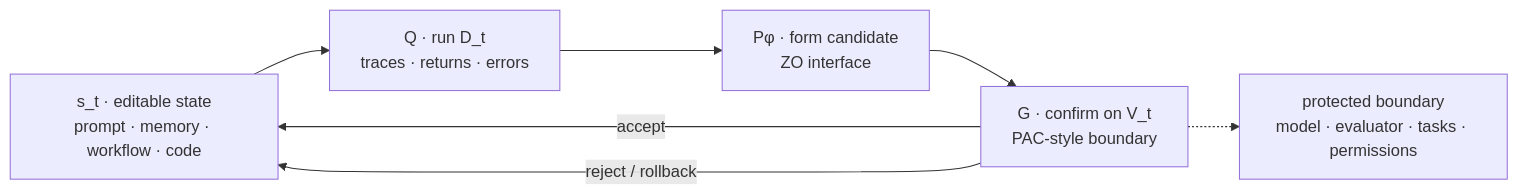
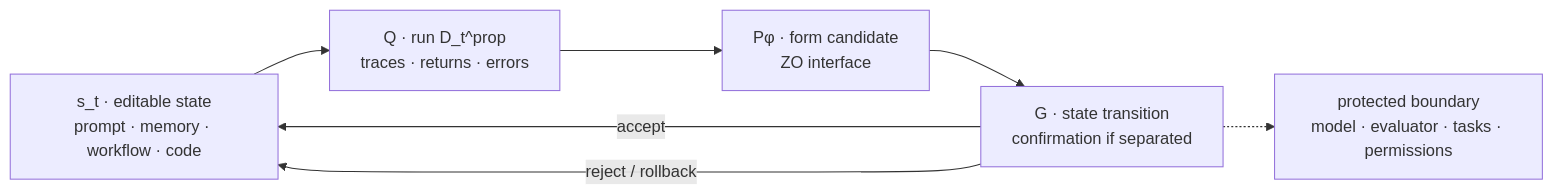
One commit to Weichy9218/Awesome-Harness-Optimization changed the diagram in README.md. Above: the diagram before and after it, drawn with Mermaid. The commit also changed other lines of this file and 8 other files, not shown here.

```diff
--- a/README.md
+++ b/README.md
@@ -54,9 +82,9 @@
 ~~~mermaid
 flowchart LR
-    S["s_t · editable state<br/>prompt · memory · workflow · code"] --> Q["Q · run D_t<br/>traces · returns · errors"]
+    S["s_t · editable state<br/>prompt · memory · workflow · code"] --> Q["Q · run D_t^prop<br/>traces · returns · errors"]
     Q --> P["Pφ · form candidate<br/>ZO interface"]
-    P --> G["G · confirm on V_t<br/>PAC-style boundary"]
+    P --> G["G · state transition<br/>confirmation if separated"]
     G -->|accept| S
     G -->|reject / rollback| S
     G -.-> B["protected boundary<br/>model · evaluator · tasks · permissions"]
 ~~~
```
